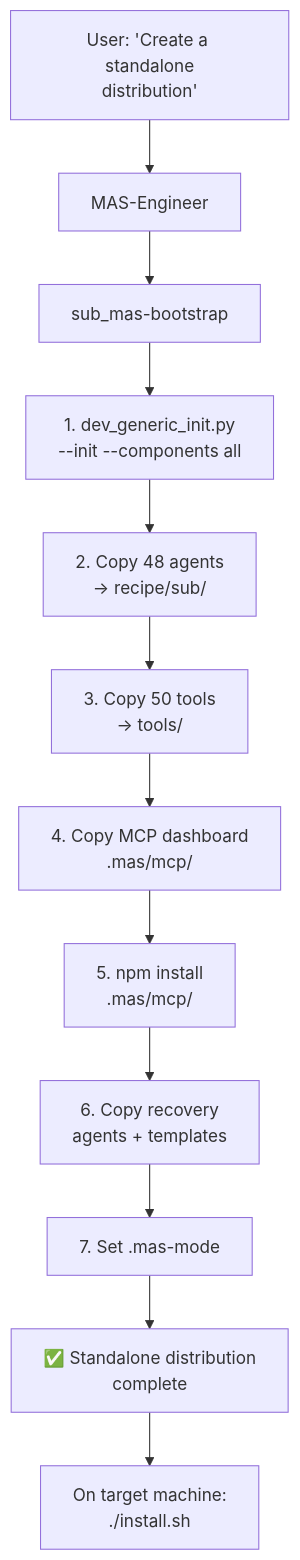
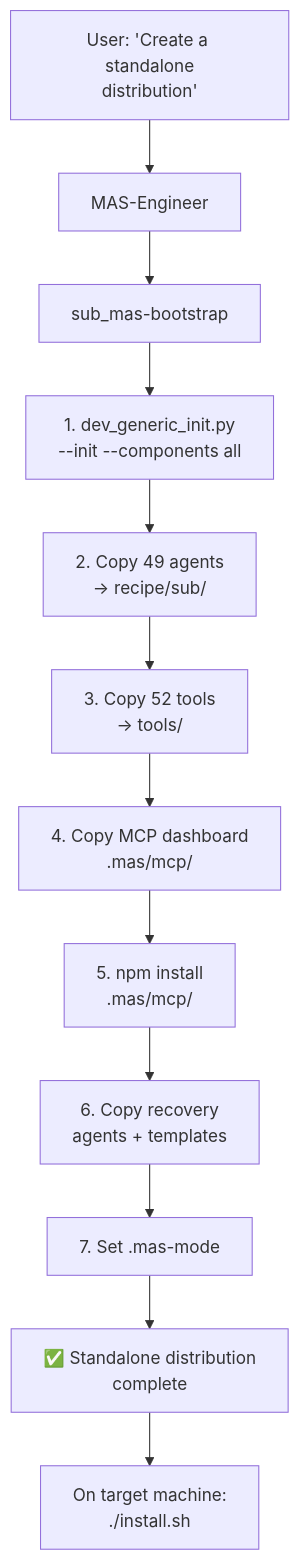
One commit to mczardybon/mas-engineer changed the third of 4 diagrams in docs/usage.md. Above: the diagram before and after it, drawn with Mermaid. The commit also changed other lines of this file and 23 other files, not shown here.

````diff
--- a/docs/usage.md
+++ b/docs/usage.md
@@ -187,14 +187,14 @@
 ```mermaid
 flowchart TD
     USER["User: 'Create a standalone\ndistribution'"] --> ENGINEER["MAS-Engineer"]
     ENGINEER --> BOOTSTRAP["sub_mas-bootstrap"]
     BOOTSTRAP --> GEN["1. dev_generic_init.py\n--init --components all"]
-    GEN --> AGENTS["2. Copy 48 agents\n→ recipe/sub/"]
-    AGENTS --> TOOLS["3. Copy 50 tools\n→ tools/"]
+    GEN --> AGENTS["2. Copy 49 agents\n→ recipe/sub/"]
+    AGENTS --> TOOLS["3. Copy 52 tools\n→ tools/"]
     TOOLS --> MCP["4. Copy MCP dashboard\n.mas/mcp/"]
     MCP --> NPM["5. npm install\n.mas/mcp/"]
     NPM --> RECOVERY["6. Copy recovery\nagents + templates"]
     RECOVERY --> MODE["7. Set .mas-mode"]
     MODE --> DONE["✅ Standalone distribution\ncomplete"]
     DONE --> INSTALL["On target machine:\n./install.sh"]
 ```
````
